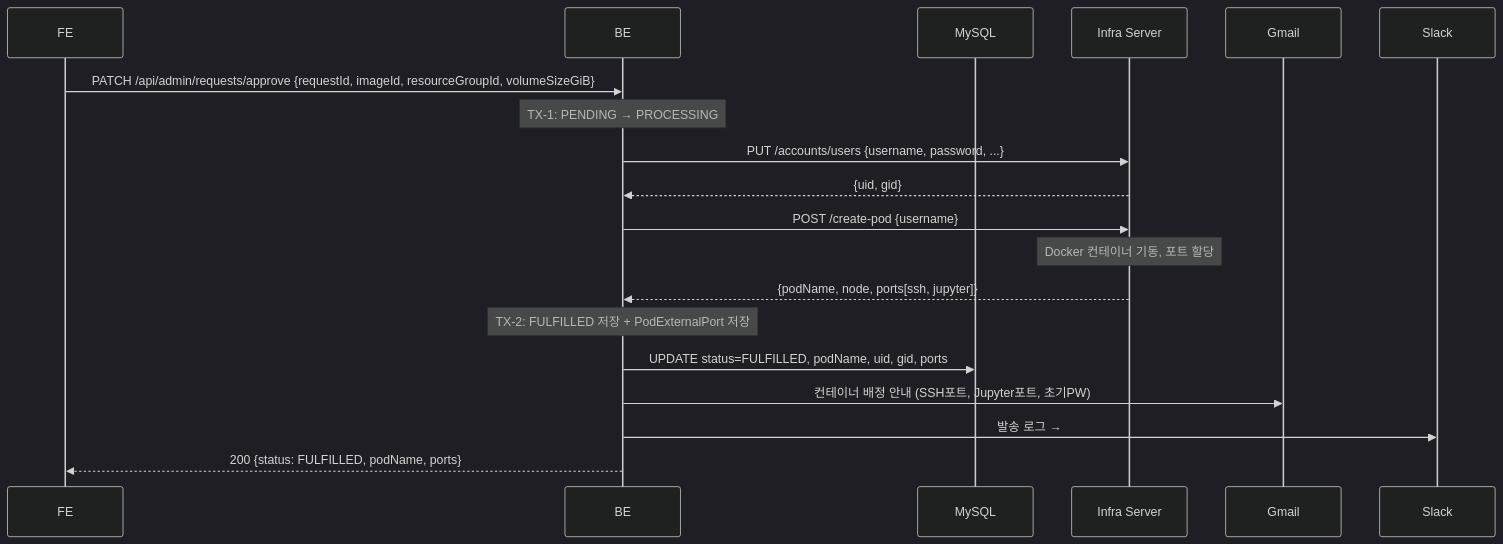
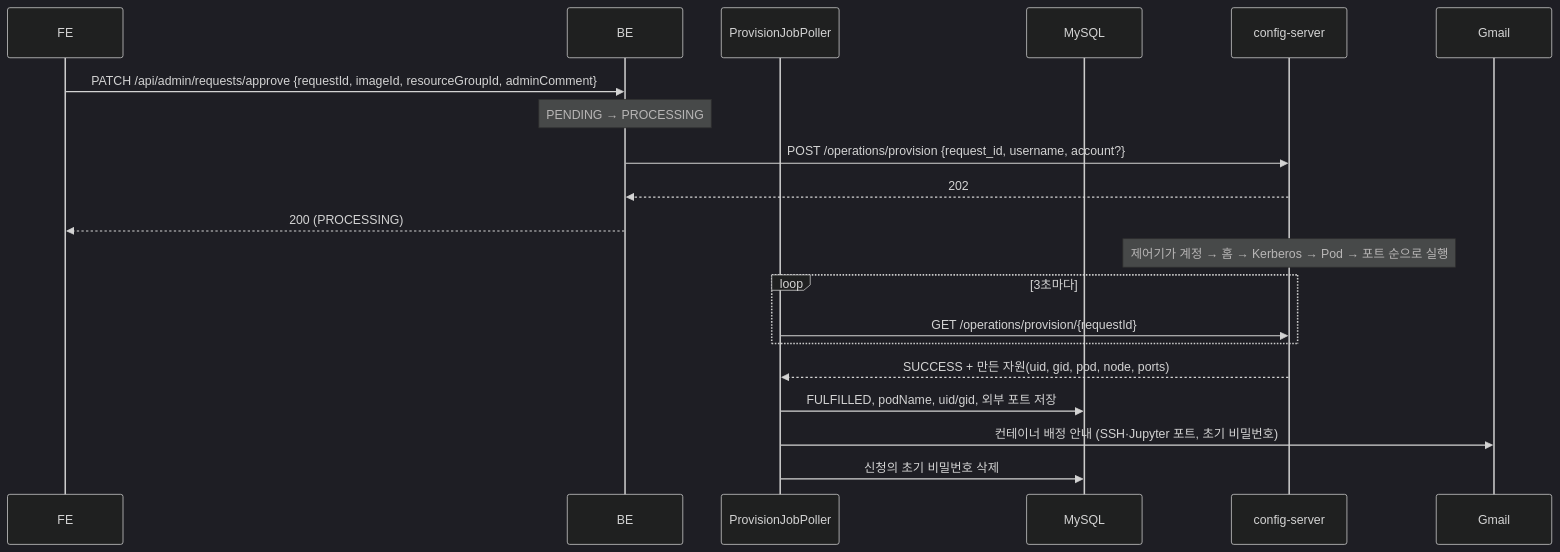
The sixth of 15 diagrams in md/backend/시스템-아키텍처.md (CSID-DGU/admin_wiki), drawn with Mermaid (dark theme) before and after one commit. The commit also changed other lines of this file and 10 other files, not shown here.

````diff
--- a/md/backend/시스템-아키텍처.md
+++ b/md/backend/시스템-아키텍처.md
@@ -114,22 +123,23 @@
 ```mermaid
 sequenceDiagram
     participant FE as FE
     participant BE as BE
+    participant Poller as ProvisionJobPoller
     participant MySQL as MySQL
-    participant Infra as Infra Server
+    participant Infra as config-server
     participant Gmail as Gmail
-    participant Slack as Slack
 
-    FE->>BE: PATCH /api/admin/requests/approve {requestId, imageId, resourceGroupId, volumeSizeGiB}
-    Note over BE: TX-1: PENDING → PROCESSING
-    BE->>Infra: PUT /accounts/users {username, password, ...}
-    Infra-->>BE: {uid, gid}
-    BE->>Infra: POST /create-pod {username}
-    Note over Infra: Docker 컨테이너 기동, 포트 할당
-    Infra-->>BE: {podName, node, ports[ssh, jupyter]}
-    Note over BE: TX-2: FULFILLED 저장 + PodExternalPort 저장
-    BE->>MySQL: UPDATE status=FULFILLED, podName, uid, gid, ports
-    BE->>Gmail: 컨테이너 배정 안내 (SSH포트, Jupyter포트, 초기PW)
-    BE->>Slack: 발송 로그 → #noti
-    BE-->>FE: 200 {status: FULFILLED, podName, ports}
+    FE->>BE: PATCH /api/admin/requests/approve {requestId, imageId, resourceGroupId, adminComment}
+    Note over BE: PENDING → PROCESSING
+    BE->>Infra: POST /operations/provision {request_id, username, account?}
+    Infra-->>BE: 202
+    BE-->>FE: 200 (PROCESSING)
+    Note over Infra: 제어기가 계정 → 홈 → Kerberos → Pod → 포트 순으로 실행
+    loop 3초마다
+        Poller->>Infra: GET /operations/provision/{requestId}
+    end
+    Infra-->>Poller: SUCCESS + 만든 자원(uid, gid, pod, node, ports)
+    Poller->>MySQL: FULFILLED, podName, uid/gid, 외부 포트 저장
+    Poller->>Gmail: 컨테이너 배정 안내 (SSH·Jupyter 포트, 초기 비밀번호)
+    Poller->>MySQL: 신청의 초기 비밀번호 삭제
 ```
````
